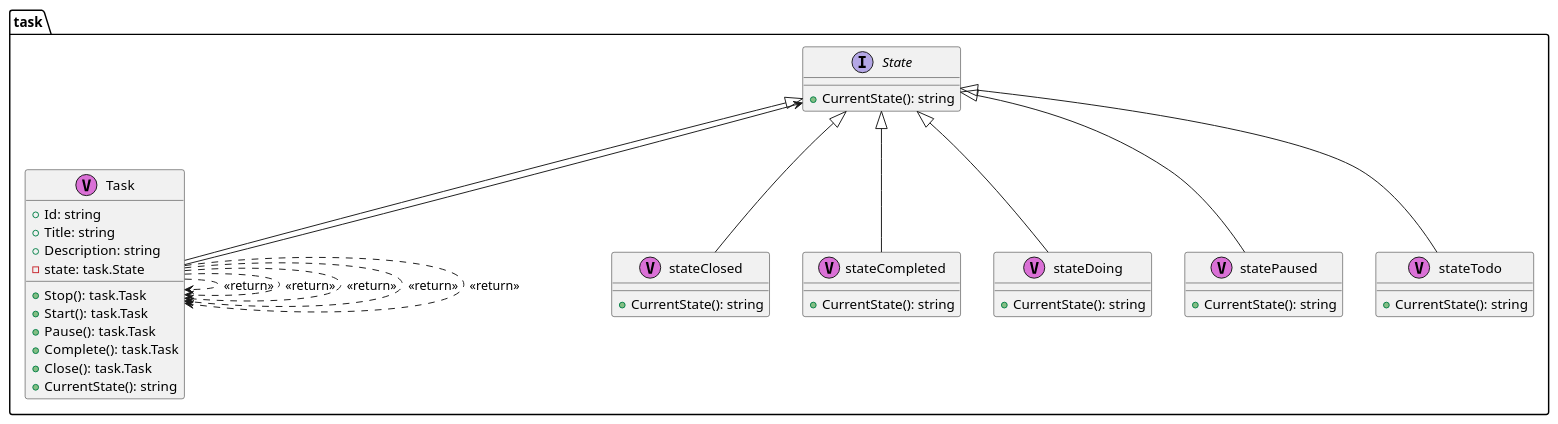
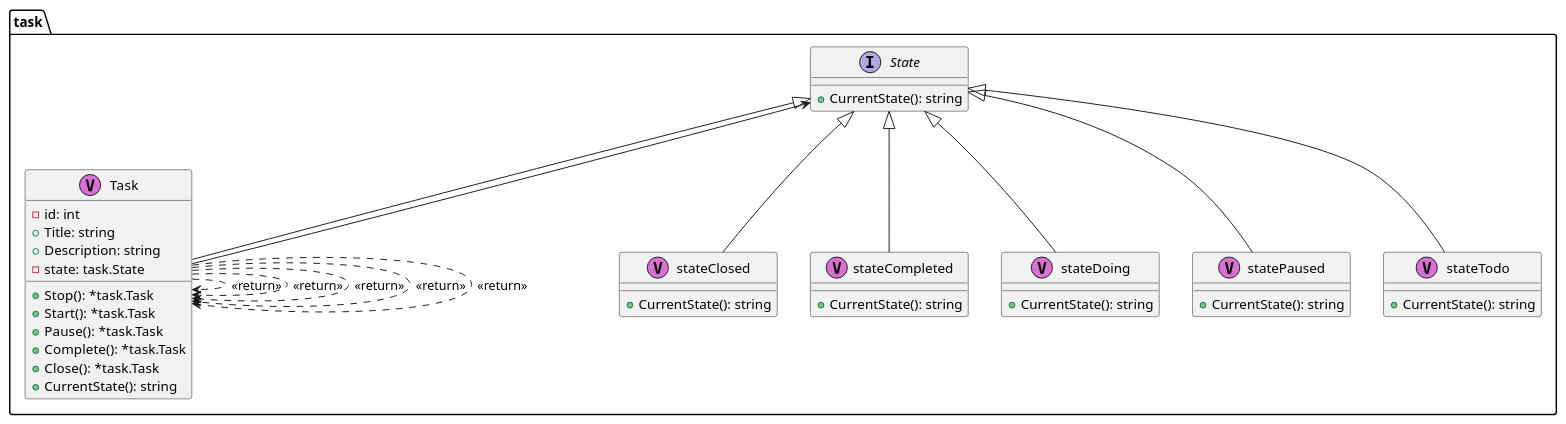
The diagram in diagram/class/task.puml (gateroot/taskforce), drawn with PlantUML before and after one commit. The commit also changed 2 other files, not shown here.

```diff
--- a/diagram/class/task.puml
+++ b/diagram/class/task.puml
@@ -1,79 +1,79 @@
 @startuml
 package "task" {
 	interface "State" as task.State {
 		+CurrentState(): string
 	}
 }
 
 
 
 package "task" {
 	class "Task" as task.Task <<V,Orchid>> {
-		+Id: string
+		-id: int
 		+Title: string
 		+Description: string
 		-state: task.State
-		+Stop(): task.Task
-		+Start(): task.Task
-		+Pause(): task.Task
-		+Complete(): task.Task
-		+Close(): task.Task
+		+Stop(): *task.Task
+		+Start(): *task.Task
+		+Pause(): *task.Task
+		+Complete(): *task.Task
+		+Close(): *task.Task
 		+CurrentState(): string
 	}
 }
 
 	task.Task --> task.State
 
 	task.Task ..> task.Task : <<return>> 
 	task.Task ..> task.Task : <<return>> 
 	task.Task ..> task.Task : <<return>> 
 	task.Task ..> task.Task : <<return>> 
 	task.Task ..> task.Task : <<return>> 
 
 package "task" {
 	class "stateClosed" as task.stateClosed <<V,Orchid>> {
 		+CurrentState(): string
 	}
 }
 
 
 
 package "task" {
 	class "stateCompleted" as task.stateCompleted <<V,Orchid>> {
 		+CurrentState(): string
 	}
 }
 
 
 
 package "task" {
 	class "stateDoing" as task.stateDoing <<V,Orchid>> {
 		+CurrentState(): string
 	}
 }
 
 
 
 package "task" {
 	class "statePaused" as task.statePaused <<V,Orchid>> {
 		+CurrentState(): string
 	}
 }
 
 
 
 package "task" {
 	class "stateTodo" as task.stateTodo <<V,Orchid>> {
 		+CurrentState(): string
 	}
 }
 
 
 
 	task.Task -up-|> task.State
 	task.stateClosed -up-|> task.State
 	task.stateCompleted -up-|> task.State
 	task.stateDoing -up-|> task.State
 	task.statePaused -up-|> task.State
 	task.stateTodo -up-|> task.State
 @enduml
```
